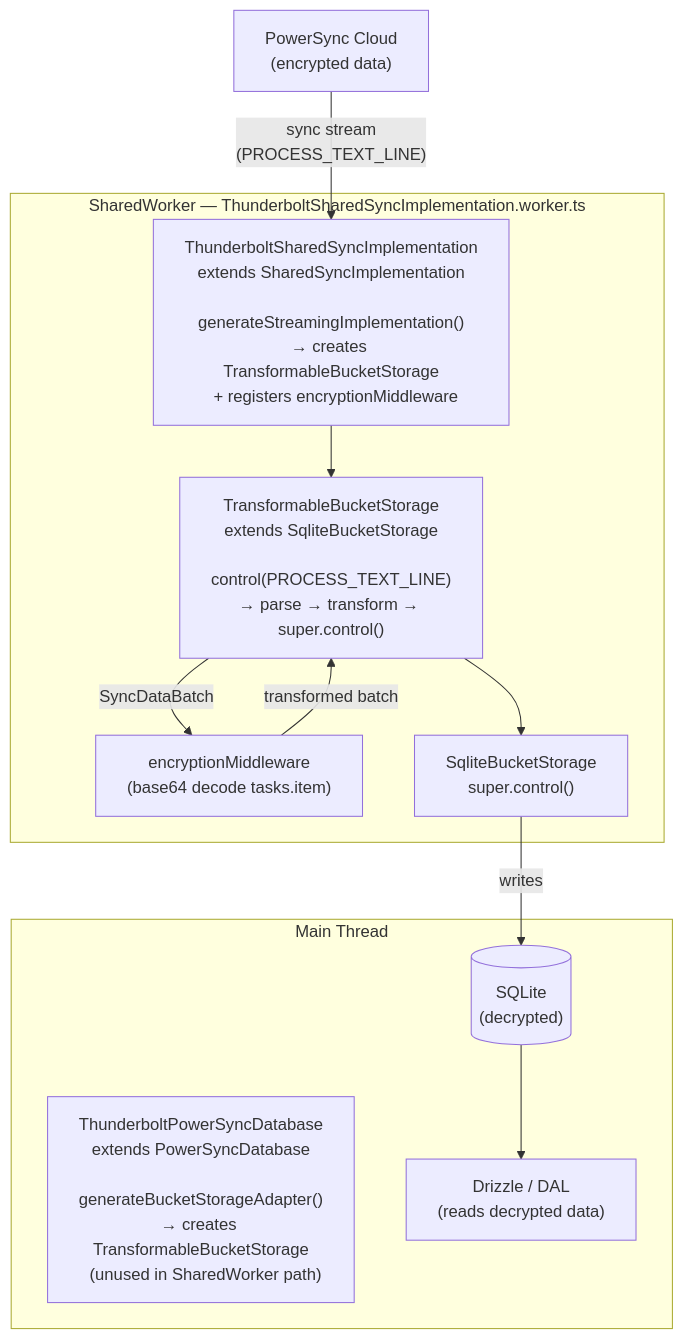
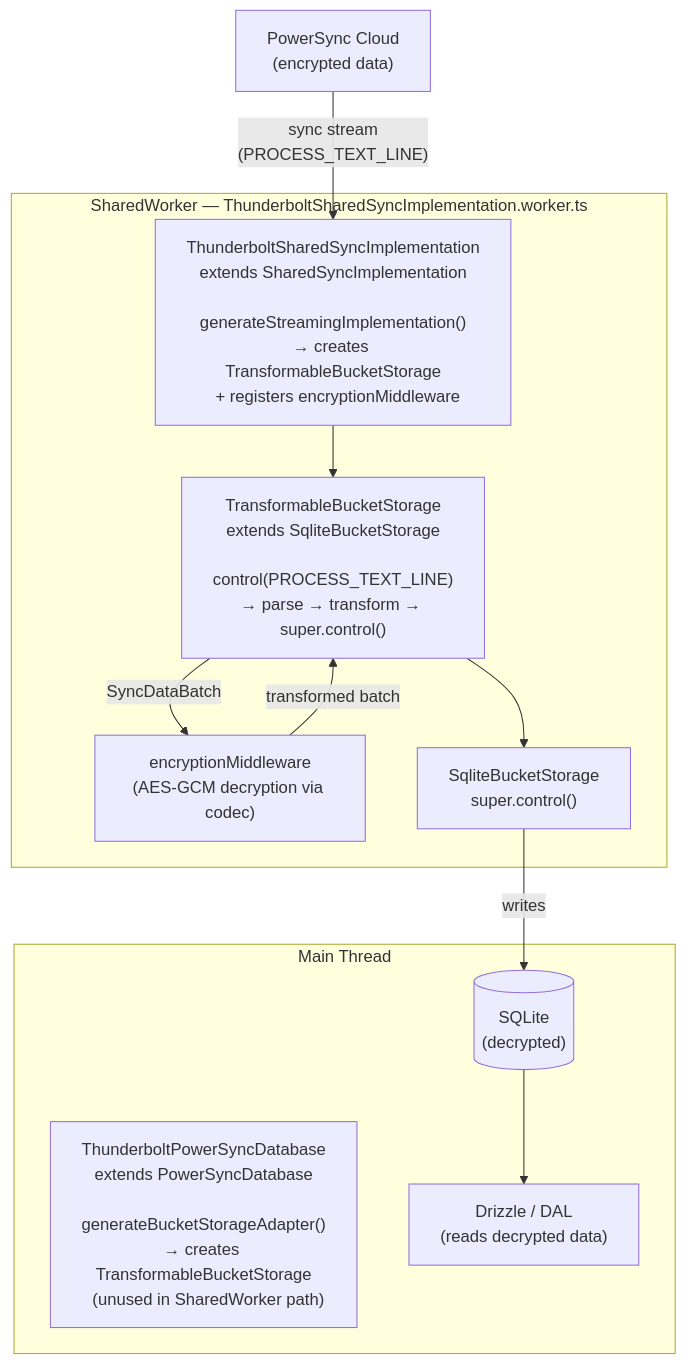
The first of 2 diagrams in docs/powersync-sync-middleware.md (thunderbird/thunderbolt), drawn with Mermaid before and after one commit. The commit also changed other lines of this file and 6 other files, not shown here.

````diff
--- a/docs/powersync-sync-middleware.md
+++ b/docs/powersync-sync-middleware.md
@@ -36,25 +36,25 @@
 ```mermaid
 flowchart TD
     Server["PowerSync Cloud<br/>(encrypted data)"]
 
     subgraph MainThread["Main Thread"]
         TPS["ThunderboltPowerSyncDatabase<br/>extends PowerSyncDatabase<br/><br/>generateBucketStorageAdapter()<br/>→ creates TransformableBucketStorage<br/>  (unused in SharedWorker path)"]
         Drizzle["Drizzle / DAL<br/>(reads decrypted data)"]
         SQLite[("SQLite<br/>(decrypted)")]
     end
 
     subgraph SharedWorker["SharedWorker — ThunderboltSharedSyncImplementation.worker.ts"]
         TSSI["ThunderboltSharedSyncImplementation<br/>extends SharedSyncImplementation<br/><br/>generateStreamingImplementation()<br/>→ creates TransformableBucketStorage<br/>  + registers encryptionMiddleware"]
         TBS["TransformableBucketStorage<br/>extends SqliteBucketStorage<br/><br/>control(PROCESS_TEXT_LINE)<br/>→ parse → transform → super.control()"]
-        MW["encryptionMiddleware<br/>(base64 decode tasks.item)"]
+        MW["encryptionMiddleware<br/>(AES-GCM decryption via codec)"]
         SBS["SqliteBucketStorage<br/>super.control()"]
     end
 
     Server -->|"sync stream<br/>(PROCESS_TEXT_LINE)"| TSSI
     TSSI --> TBS
     TBS -->|"SyncDataBatch"| MW
     MW -->|"transformed batch"| TBS
     TBS --> SBS
     SBS -->|"writes"| SQLite
     SQLite --> Drizzle
 ```
````
